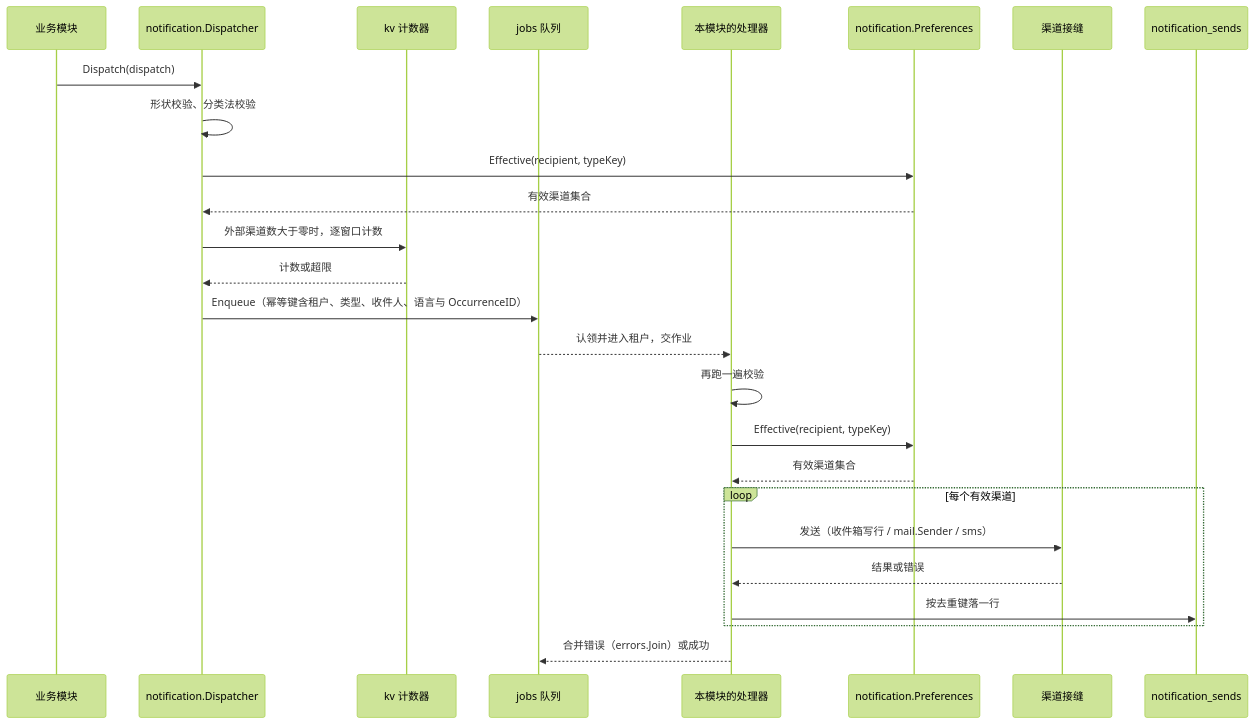
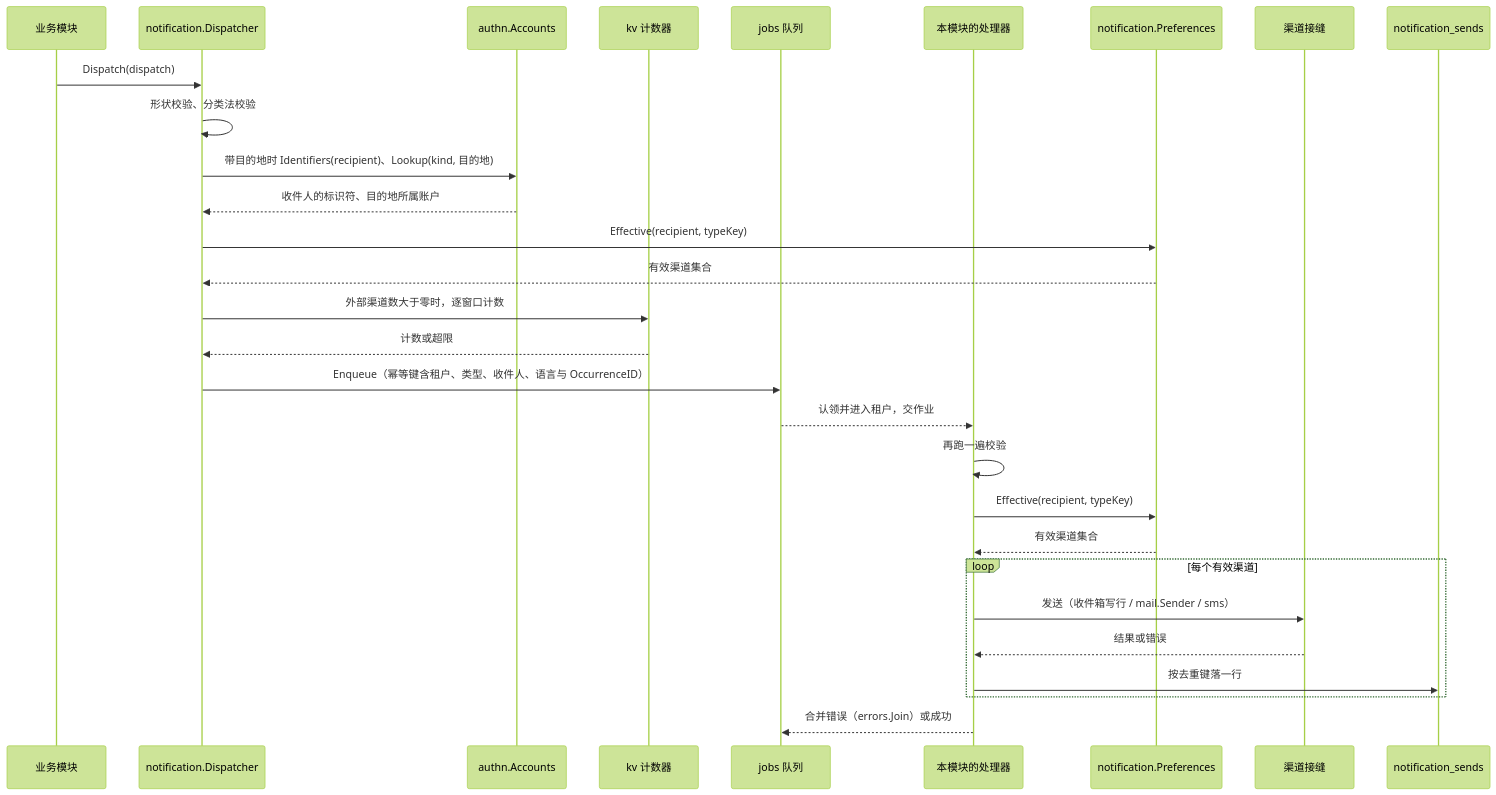
Before and after one commit to wangzw/speed: the first of 2 diagrams in docs/design/modules/notification/design-notification-delivery.md, drawn with Mermaid (forest theme). The commit also changed other lines of this file and 13 other files, not shown here.

````diff
--- a/docs/design/modules/notification/design-notification-delivery.md
+++ b/docs/design/modules/notification/design-notification-delivery.md
@@ -57,29 +58,32 @@
 ```mermaid
 sequenceDiagram
     participant P as 业务模块
     participant D as notification.Dispatcher
+    participant A as authn.Accounts
     participant K as kv 计数器
     participant Q as jobs 队列
     participant H as 本模块的处理器
     participant R as notification.Preferences
     participant S as 渠道接缝
     participant L as notification_sends
 
     P->>D: Dispatch(dispatch)
     D->>D: 形状校验、分类法校验
+    D->>A: 带目的地时 Identifiers(recipient)、Lookup(kind, 目的地)
+    A-->>D: 收件人的标识符、目的地所属账户
     D->>R: Effective(recipient, typeKey)
     R-->>D: 有效渠道集合
     D->>K: 外部渠道数大于零时，逐窗口计数
     K-->>D: 计数或超限
     D->>Q: Enqueue（幂等键含租户、类型、收件人、语言与 OccurrenceID）
     Q-->>H: 认领并进入租户，交作业
     H->>H: 再跑一遍校验
     H->>R: Effective(recipient, typeKey)
     R-->>H: 有效渠道集合
     loop 每个有效渠道
         H->>S: 发送（收件箱写行 / mail.Sender / sms）
         S-->>H: 结果或错误
         H->>L: 按去重键落一行
     end
     H-->>Q: 合并错误（errors.Join）或成功
 ```
````
